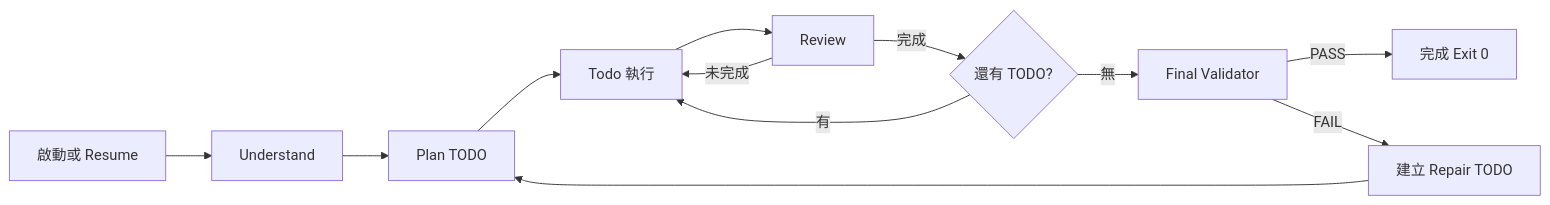
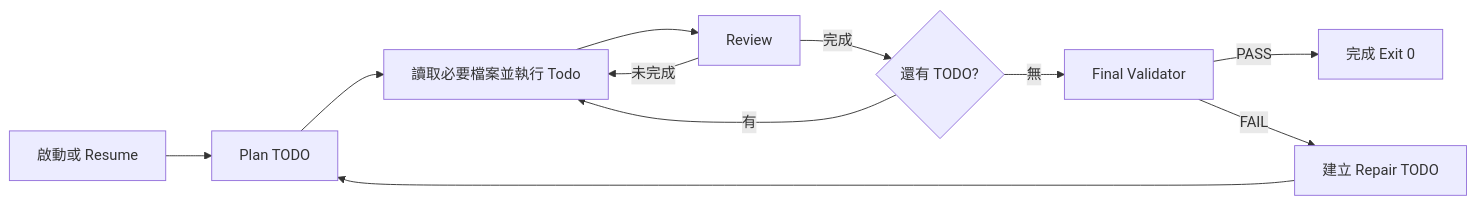
The first of 3 diagrams in docs/DESIGN.zh-TW.md (kevin840307/ai-task-runner), drawn with Mermaid before and after one commit. The commit also changed other lines of this file and 26 other files, not shown here.

````diff
--- a/docs/DESIGN.zh-TW.md
+++ b/docs/DESIGN.zh-TW.md
@@ -27,14 +26,13 @@
 ```mermaid
 flowchart LR
-    A[啟動或 Resume] --> B[Understand]
-    B --> C[Plan TODO]
-    C --> D[Todo 執行]
+    A[啟動或 Resume] --> C[Plan TODO]
+    C --> D[讀取必要檔案並執行 Todo]
     D --> E[Review]
     E -- 未完成 --> D
     E -- 完成 --> F{還有 TODO?}
     F -- 有 --> D
     F -- 無 --> G[Final Validator]
     G -- PASS --> H[完成 Exit 0]
     G -- FAIL --> I[建立 Repair TODO]
     I --> C
 ```
````
